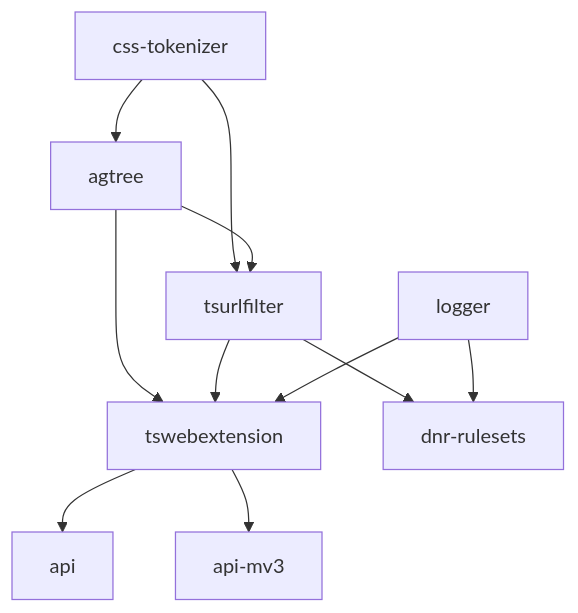
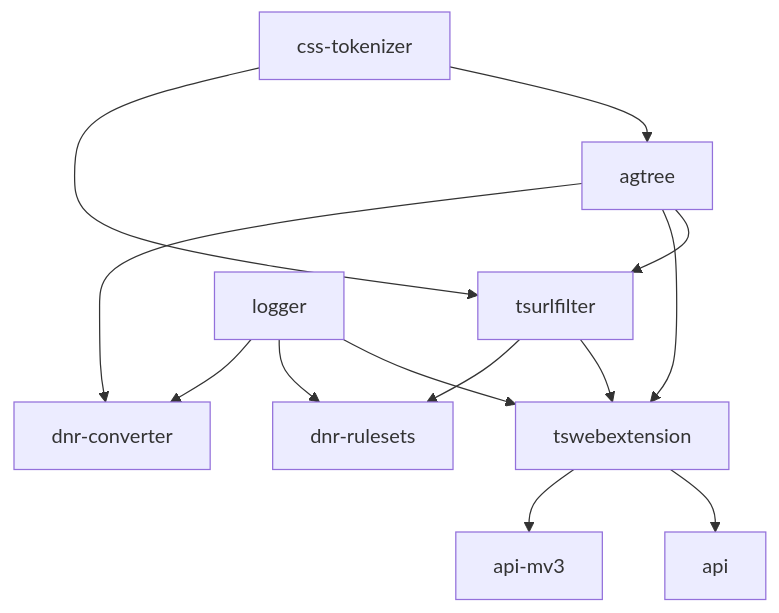
The diagram in AGENTS.md (AdguardTeam/tsurlfilter), drawn with Mermaid before and after one commit. The commit also changed 5 other files, not shown here.

First line of the commit message:
AG-52471: added docs for LLM for dnr-converter package

````diff
--- a/AGENTS.md
+++ b/AGENTS.md
@@ -57,13 +57,15 @@
 ```mermaid
 graph TD
     css-tokenizer --> agtree
     css-tokenizer --> tsurlfilter
     agtree --> tsurlfilter
     agtree --> tswebextension
+    agtree --> dnr-converter
     tsurlfilter --> tswebextension
     tsurlfilter --> dnr-rulesets
     logger --> tswebextension
     logger --> dnr-rulesets
+    logger --> dnr-converter
     tswebextension --> api
     tswebextension --> api-mv3
 ```
````
